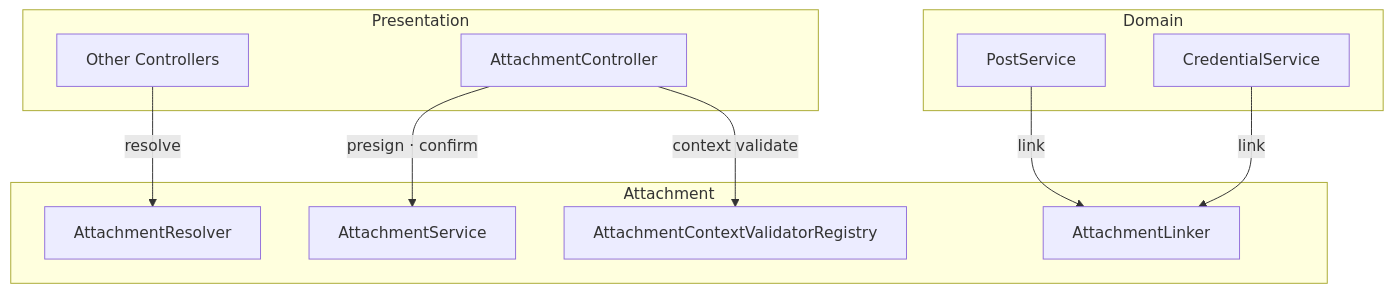
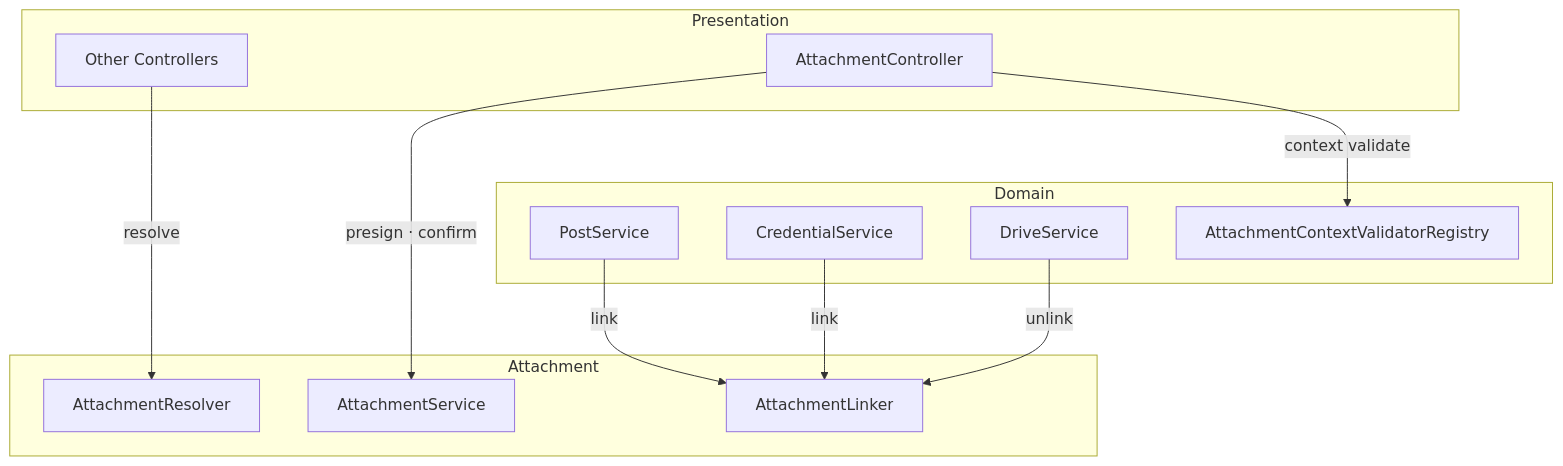
Before and after one commit to mortonCareer/bconnect: the fifth of 6 diagrams in apps/api/docs/project-structure.md, drawn with Mermaid. The commit also changed other lines of this file and 13 other files, not shown here.

````diff
--- a/apps/api/docs/project-structure.md
+++ b/apps/api/docs/project-structure.md
@@ -123,22 +127,25 @@
 ```mermaid
 graph TD
   subgraph Presentation
     CS[Other Controllers]
     AttC[AttachmentController]
   end
   subgraph Domain
     PostS[PostService]
     CredS[CredentialService]
+    DriveS[DriveService]
+    Reg[AttachmentContextValidatorRegistry]
   end
   subgraph Attachment
     AttR[AttachmentResolver]
     AttS[AttachmentService]
     AttL[AttachmentLinker]
     Reg[AttachmentContextValidatorRegistry]
   end
 
   CS -->|resolve| AttR
   AttC -->|presign · confirm| AttS
   AttC -->|context validate| Reg
   PostS & CredS -->|link| AttL
+  DriveS -->|unlink| AttL
 ```
````
